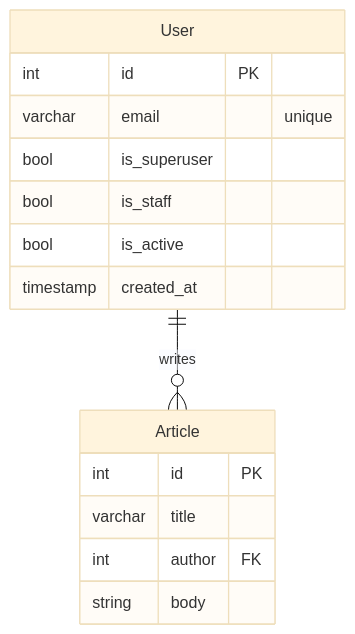
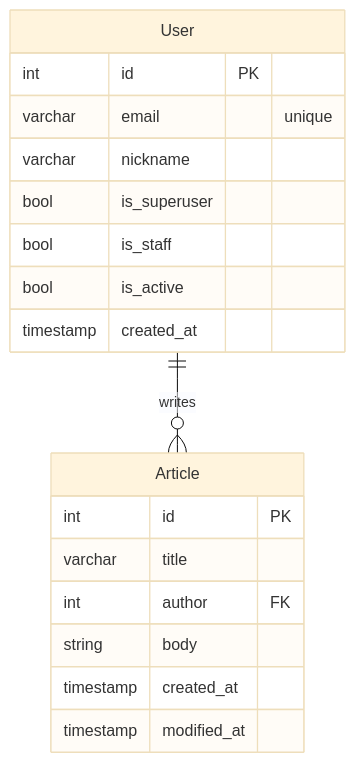
The diagram in docs/2차 프로젝트, 기술 블로그 만들기 - estsoft {Django}.md (ChoiWheatley/ChoiWheatley.github.io), drawn with Mermaid (base theme) before and after one commit. The commit also changed other lines of this file and 7 other files, not shown here.

````diff
--- a/docs/2차 프로젝트, 기술 블로그 만들기 - estsoft {Django}.md
+++ b/docs/2차 프로젝트, 기술 블로그 만들기 - estsoft {Django}.md
@@ -23,21 +23,24 @@
 ```mermaid
 erDiagram
 
 	User {
 		int id PK
 		varchar email "unique"
+		varchar nickname
 		bool is_superuser
 		bool is_staff
 		bool is_active
 		timestamp created_at
 	}
 
 	Article {
 		int id PK
 		varchar title
 		int author FK
 		string body
+		timestamp created_at
+		timestamp modified_at
 	}
 
 	User ||--o{ Article : writes
 ```
````
